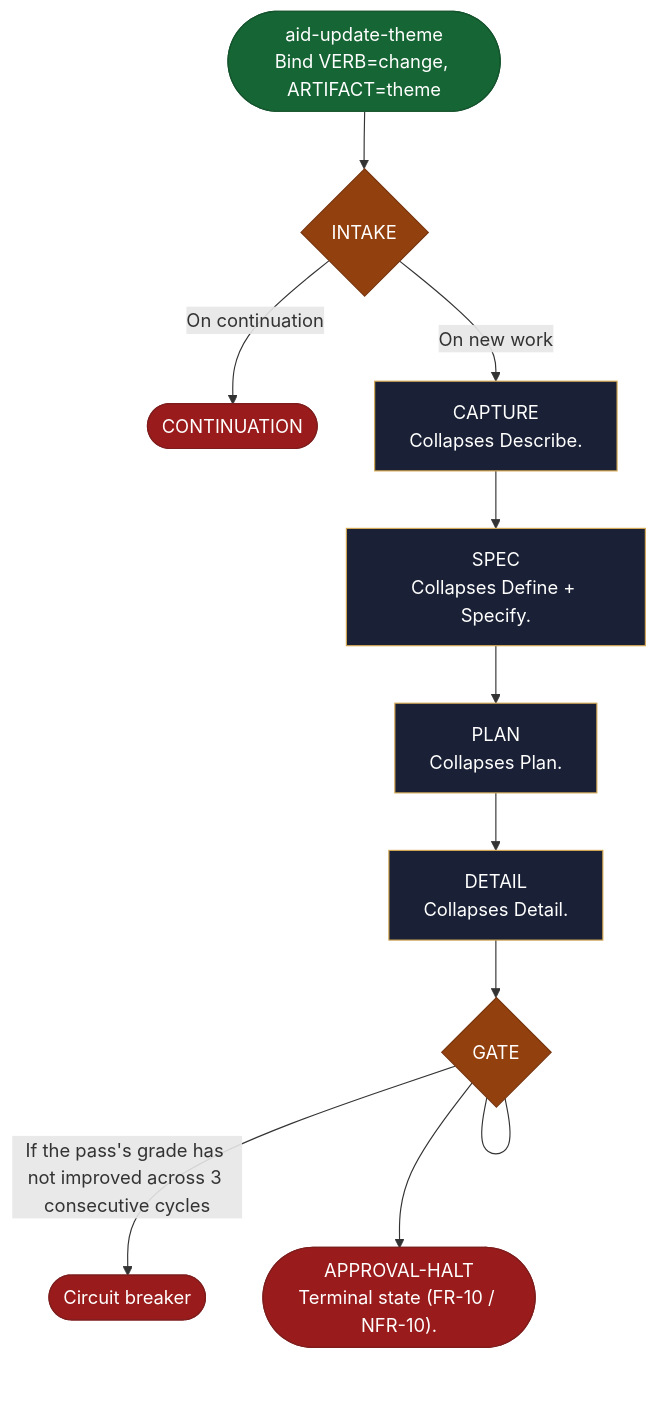
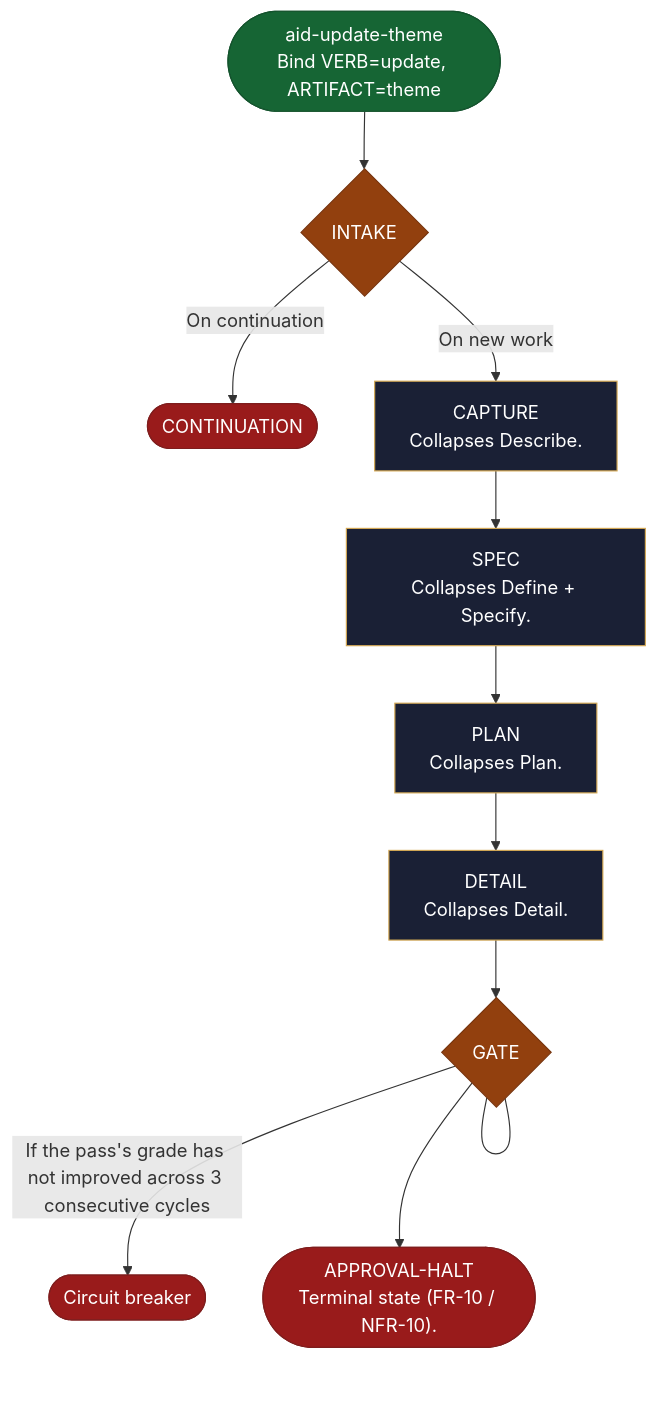
One commit to AndreVianna/aid-methodology changed the diagram in site/src/content/docs/skills/aid-update-theme.md. Above: the diagram before and after it, drawn with Mermaid. The commit also changed other lines of this file and 99 other files, not shown here.

````diff
--- a/site/src/content/docs/skills/aid-update-theme.md
+++ b/site/src/content/docs/skills/aid-update-theme.md
@@ -20,49 +20,49 @@
 ```mermaid
 flowchart TB
   classDef aidNode color:#fff
   classDef aidEntry fill:#166534,stroke:#14532d,color:#fff
   classDef aidExit fill:#991b1b,stroke:#7f1d1d,color:#fff
   classDef aidDecision fill:#92400e,stroke:#78350f,color:#fff
   classDef aidLoopBack fill:#1e3a8a,stroke:#1e3a8a,color:#fff
   classDef aidStep fill:#1a2035,stroke:#d4a853,color:#f1f5f9
-  n1(["aid-update-theme<br/>Bind VERB=change, ARTIFACT=theme"])
+  n1(["aid-update-theme<br/>Bind VERB=update, ARTIFACT=theme"])
   n2{"INTAKE"}
   n3(["CONTINUATION"])
   n4["CAPTURE<br/>Collapses Describe."]
   n5["SPEC<br/>Collapses Define + Specify."]
   n6["PLAN<br/>Collapses Plan."]
   n7["DETAIL<br/>Collapses Detail."]
   n8{"GATE"}
   n9(["Circuit breaker"])
   n10(["APPROVAL-HALT<br/>Terminal state (FR-10 / NFR-10)."])
   n1 --> n2
   n2 -->|"On continuation"| n3
   n2 -->|"On new work"| n4
   n4 --> n5
   n5 --> n6
   n6 --> n7
   n7 --> n8
   n8 --- n8
   n8 -->|"If the pass's grade has not improved across 3 consecutive cycles"| n9
   n8 --> n10
   class n1 aidEntry
   class n2 aidDecision
   class n3 aidExit
   class n4 aidStep
   class n5 aidStep
   class n6 aidStep
   class n7 aidStep
   class n8 aidDecision
   class n9 aidExit
   class n10 aidExit
   class n1 aidNode
   class n2 aidNode
   class n3 aidNode
   class n4 aidNode
   class n5 aidNode
   class n6 aidNode
   class n7 aidNode
   class n8 aidNode
   class n9 aidNode
   class n10 aidNode
 ```
````
